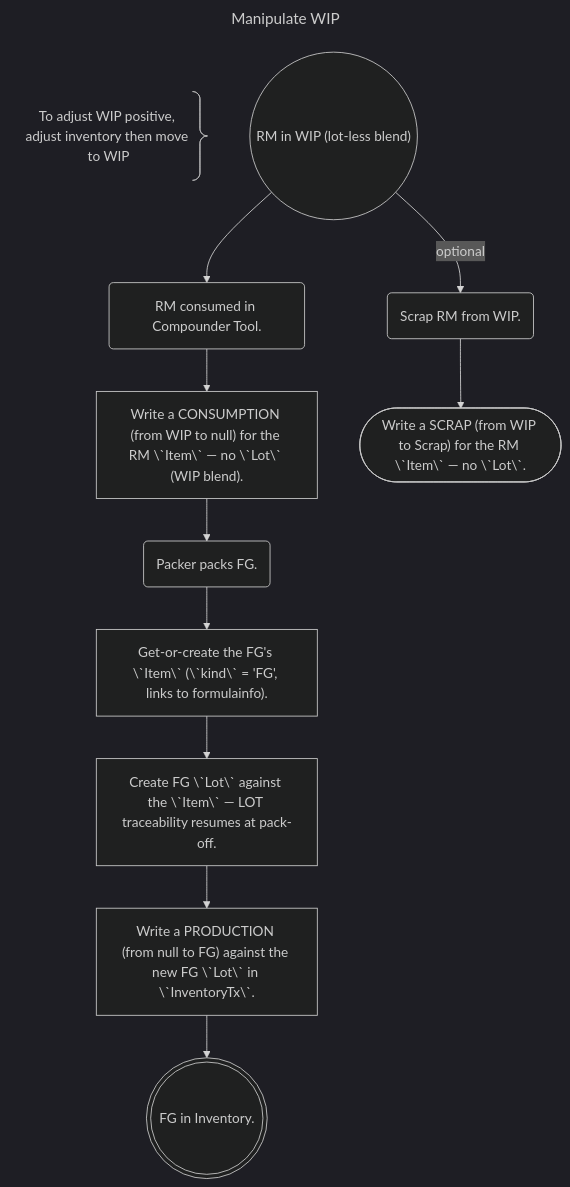
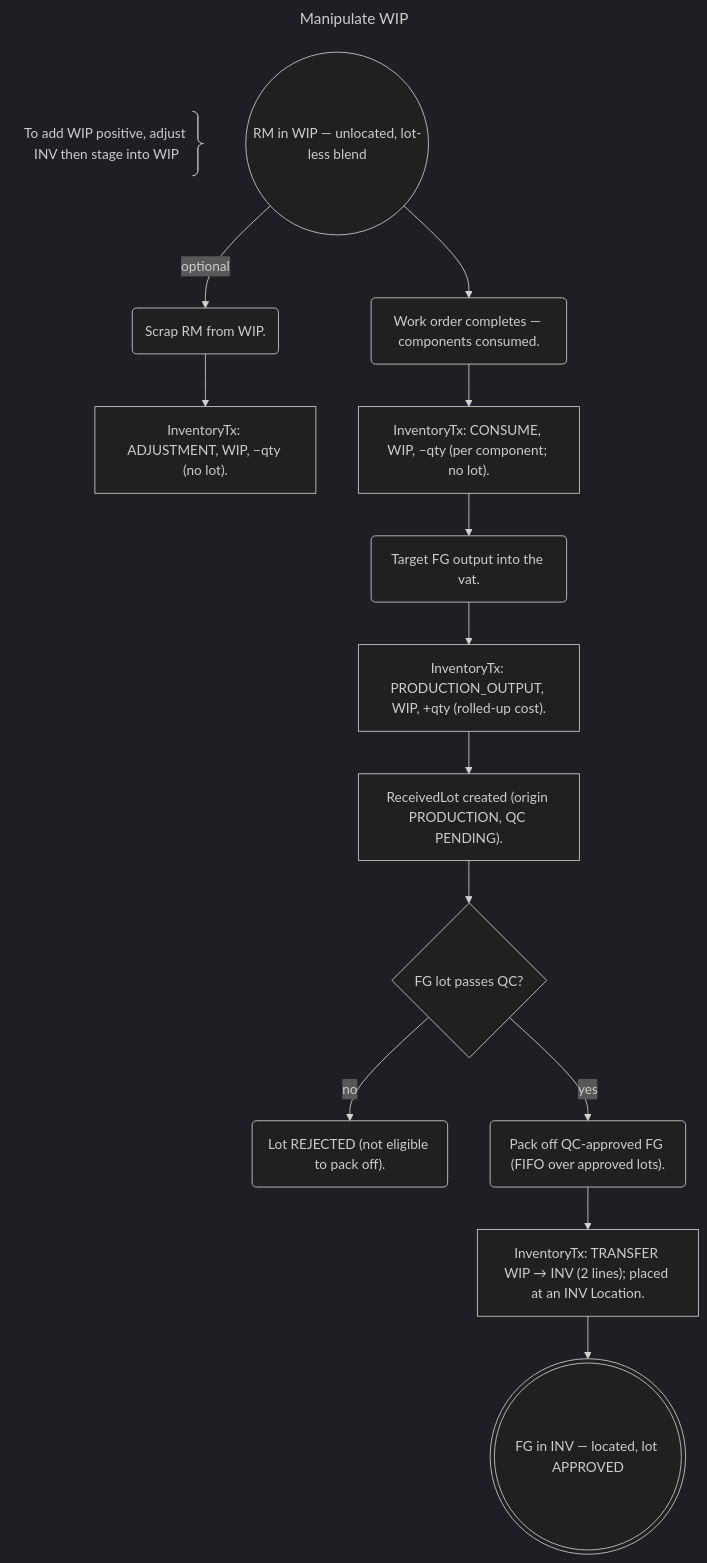
The fifth of 8 diagrams in src/tx_table_proposal.md (afi-spencerd/RSM), drawn with Mermaid (dark theme) before and after one commit. The commit also changed other lines of this file, not shown here.

First line of the commit message:
docs: re-model flowcharts to fw3's two-ledger model

````diff
--- a/src/tx_table_proposal.md
+++ b/src/tx_table_proposal.md
@@ -189,20 +188,25 @@
 ```mermaid
 ---
 title: Manipulate WIP
 ---
 flowchart TB
-  A@{ shape: brace-r, label: "To adjust WIP positive, adjust inventory then move to WIP"}
-  rm_in_wip(("RM in WIP (lot-less blend)"))
-  consume_rm("RM consumed in Compounder Tool.")
-  tx_consume_rm["Write a CONSUMPTION (from WIP to null) for the RM \`Item\` — no \`Lot\` (WIP blend)."]
-  scrap_wip_rm("Scrap RM from WIP.")
-  tx_scrap_wip_rm(["Write a SCRAP (from WIP to Scrap) for the RM \`Item\` — no \`Lot\`."])
-  pack_fg("Packer packs FG.")
-  ensure_item_fg["Get-or-create the FG's \`Item\` (\`kind\` = 'FG', links to formulainfo)."]
-  create_fg["Create FG \`Lot\` against the \`Item\` — LOT traceability resumes at pack-off."]
-  tx_create_fg["Write a PRODUCTION (from null to FG) against the new FG \`Lot\` in \`InventoryTx\`."]
-  fg_in_inventory((("FG in Inventory.")))
+  A@{ shape: brace-r, label: "To add WIP positive, adjust INV then stage into WIP" }
+  rm_in_wip(("RM in WIP — unlocated, lot-less blend"))
+  scrap_wip("Scrap RM from WIP.")
+  tx_scrap_wip["InventoryTx: ADJUSTMENT, WIP, −qty (no lot)."]
+  consume("Work order completes — components consumed.")
+  tx_consume["InventoryTx: CONSUME, WIP, −qty (per component; no lot)."]
+  output_fg("Target FG output into the vat.")
+  tx_output["InventoryTx: PRODUCTION_OUTPUT, WIP, +qty (rolled-up cost)."]
+  lot_fg["ReceivedLot created (origin PRODUCTION, QC PENDING)."]
+  fg_qc{"FG lot passes QC?"}
+  reject_fg("Lot REJECTED (not eligible to pack off).")
+  packoff("Pack off QC-approved FG (FIFO over approved lots).")
+  tx_packoff["InventoryTx: TRANSFER WIP → INV (2 lines); placed at an INV Location."]
+  fg_in_inventory((("FG in INV — located, lot APPROVED")))
 
-  rm_in_wip -->|optional| scrap_wip_rm --> tx_scrap_wip_rm
-  rm_in_wip --> consume_rm --> tx_consume_rm --> pack_fg --> ensure_item_fg --> create_fg --> tx_create_fg --> fg_in_inventory
+  rm_in_wip -->|optional| scrap_wip --> tx_scrap_wip
+  rm_in_wip --> consume --> tx_consume --> output_fg --> tx_output --> lot_fg --> fg_qc
+  fg_qc -->|no| reject_fg
+  fg_qc -->|yes| packoff --> tx_packoff --> fg_in_inventory
 ```
````
